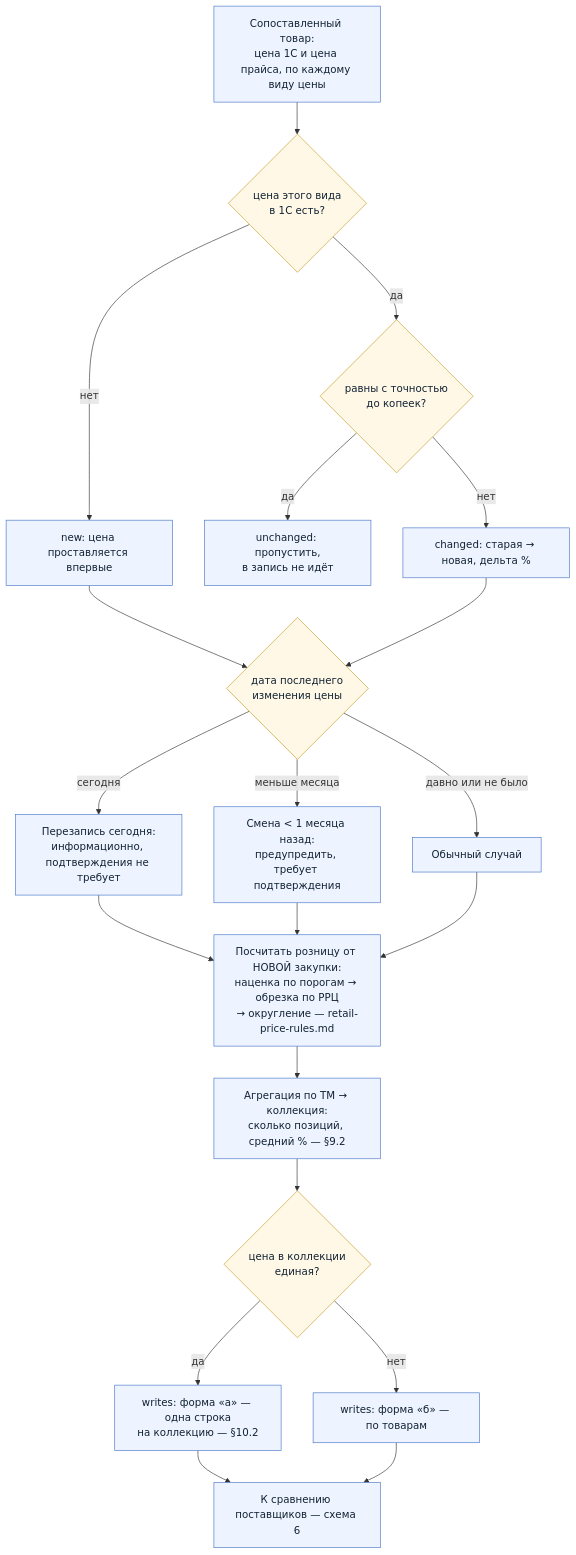
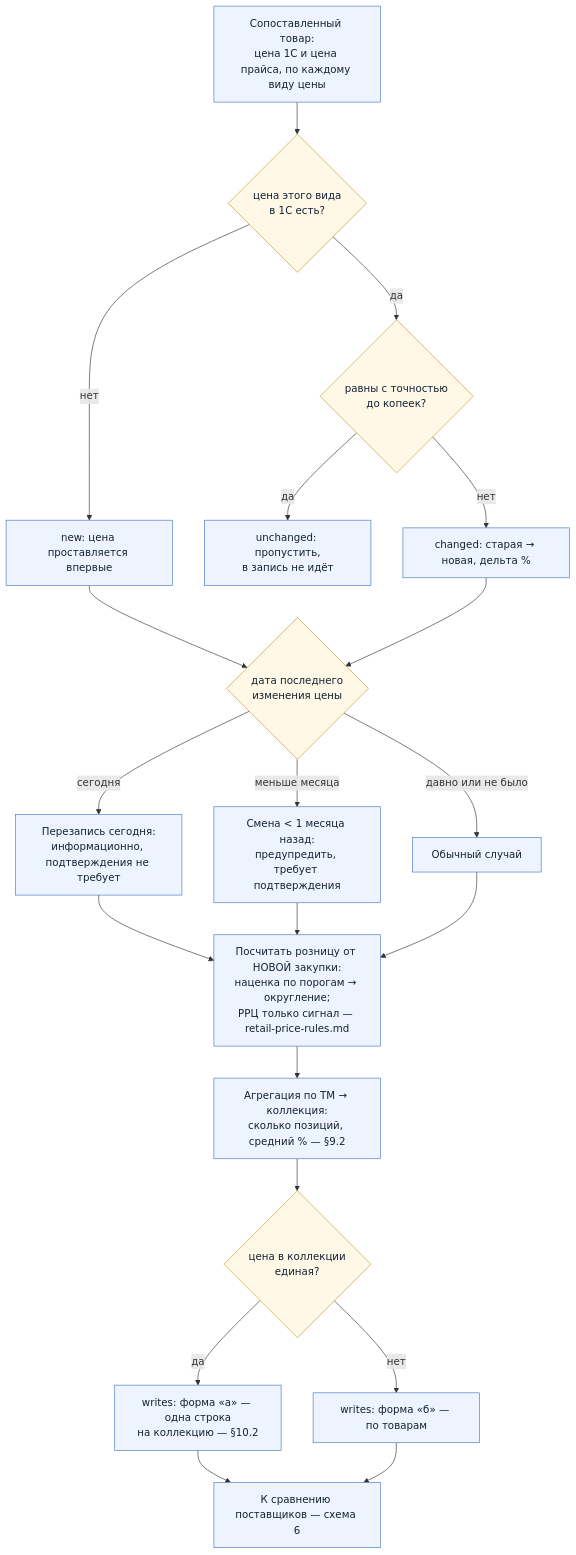
The sixth of 12 diagrams in specs/content-manager-flows.md (AlexanderFredy/norwik-helper), drawn with Mermaid before and after one commit. The commit also changed other lines of this file and 4 other files, not shown here.

First line of the commit message:
Обрезка розницы по РРЦ отменена — РРЦ стала только сигналом

````diff
--- a/specs/content-manager-flows.md
+++ b/specs/content-manager-flows.md
@@ -235,36 +235,36 @@
 ```mermaid
 flowchart TD
     PAIR["Сопоставленный товар:<br/>цена 1С и цена прайса, по каждому виду цены"]:::act
     HAS{"цена этого вида<br/>в 1С есть?"}:::dec
     NEW["new: цена проставляется впервые"]:::act
     EQ{"равны с точностью<br/>до копеек?"}:::dec
     UNCH["unchanged: пропустить,<br/>в запись не идёт"]:::act
     CHG["changed: старая → новая, дельта %"]:::act
 
     DATE{"дата последнего<br/>изменения цены"}:::dec
     TODAY["Перезапись сегодня:<br/>информационно, подтверждения не требует"]:::act
     CHURN["Смена < 1 месяца назад:<br/>предупредить, требует подтверждения"]:::act
     NORMAL["Обычный случай"]:::act
 
-    RET["Посчитать розницу от НОВОЙ закупки:<br/>наценка по порогам → обрезка по РРЦ<br/>→ округление — retail-price-rules.md"]:::act
+    RET["Посчитать розницу от НОВОЙ закупки:<br/>наценка по порогам → округление;<br/>РРЦ только сигнал — retail-price-rules.md"]:::act
     AGG["Агрегация по ТМ → коллекция:<br/>сколько позиций, средний % — §9.2"]:::act
     HOMO{"цена в коллекции<br/>единая?"}:::dec
     FORMA["writes: форма «а» — одна строка<br/>на коллекцию — §10.2"]:::act
     FORMB["writes: форма «б» — по товарам"]:::act
     NEXT["К сравнению поставщиков — схема 6"]:::act
 
     PAIR --> HAS
     HAS -- "нет" --> NEW --> DATE
     HAS -- "да" --> EQ
     EQ -- "да" --> UNCH
     EQ -- "нет" --> CHG --> DATE
     DATE -- "сегодня" --> TODAY --> RET
     DATE -- "меньше месяца" --> CHURN --> RET
     DATE -- "давно или не было" --> NORMAL --> RET
     RET --> AGG --> HOMO
     HOMO -- "да" --> FORMA --> NEXT
     HOMO -- "нет" --> FORMB --> NEXT
 
     classDef act fill:#eef4ff,stroke:#4a76c7,color:#123
     classDef dec fill:#fff8e6,stroke:#c79a29,color:#123
 ```
````
